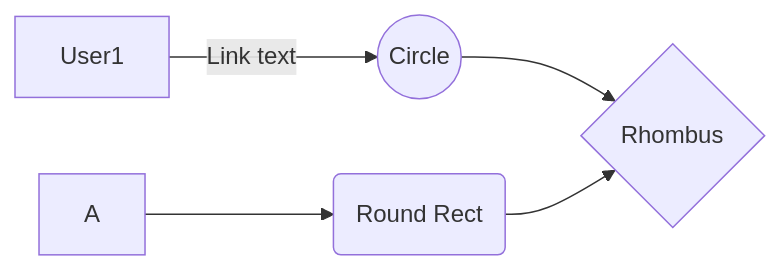
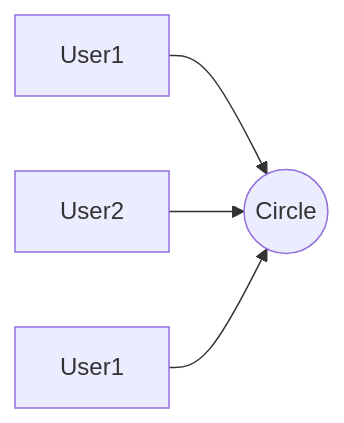
Before and after one commit to gZeyu/note: the diagram in 个人博客/note/RBAC模型的数据库设计.md, drawn with Mermaid. The commit also changed other lines of this file, not shown here.

Commit message:
个人博客/note/RBAC模型的数据库设计.md updated from https://stackedit.io/

````diff
--- a/个人博客/note/RBAC模型的数据库设计.md
+++ b/个人博客/note/RBAC模型的数据库设计.md
@@ -5,7 +5,7 @@
 ```mermaid
 graph LR
-User1[User1] -- Link text --> B((Circle))
-A --> C(Round Rect)
-B --> D{Rhombus}
-C --> D
+Subject1[User1] --> B((Circle))
+Subject2[User2] --> B((Circle))
+Subject3[User1] --> B((Circle))
+
 ```
````
